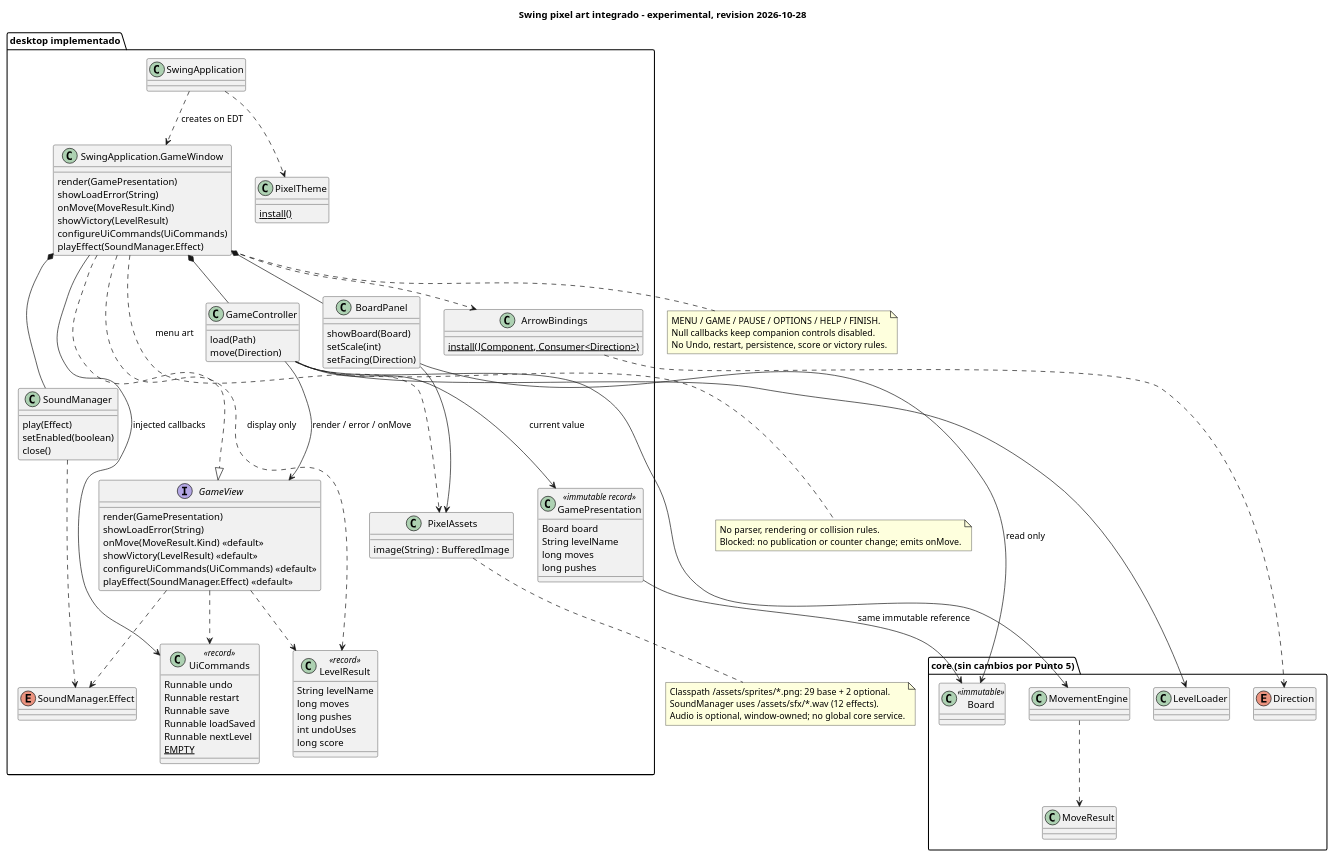
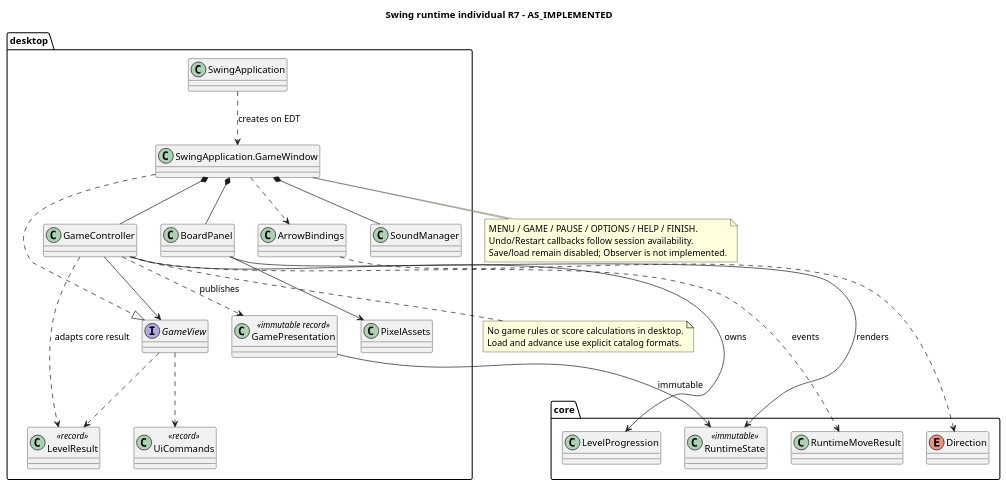
Before and after one commit to smatrauade/Los-Force-Push: the diagram in docs/architecture/uml/swing-playable-spike-v1.puml, drawn with PlantUML. The commit also changed 19 other files, not shown here.

Commit message:
feat(desktop): integrate full runtime session into Swing

```diff
--- a/docs/architecture/uml/swing-playable-spike-v1.puml
+++ b/docs/architecture/uml/swing-playable-spike-v1.puml
@@ -1,111 +1,48 @@
 @startuml
-title Swing pixel art integrado - experimental, revision 2026-10-28
-package "core (sin cambios por Punto 5)" {
-  class Board <<immutable>>
-  class LevelLoader
-  class MovementEngine
+title Swing runtime individual R7 - AS_IMPLEMENTED
+package "core" {
+  class RuntimeState <<immutable>>
+  class LevelProgression
+  class RuntimeMoveResult
   enum Direction
-  class MoveResult
 }
-package "desktop implementado" {
+package "desktop" {
   class SwingApplication
-  class "SwingApplication.GameWindow" as GameWindow {
-    render(GamePresentation)
-    showLoadError(String)
-    onMove(MoveResult.Kind)
-    showVictory(LevelResult)
-    configureUiCommands(UiCommands)
-    playEffect(SoundManager.Effect)
-  }
-  interface GameView {
-    render(GamePresentation)
-    showLoadError(String)
-    onMove(MoveResult.Kind) <<default>>
-    showVictory(LevelResult) <<default>>
-    configureUiCommands(UiCommands) <<default>>
-    playEffect(SoundManager.Effect) <<default>>
-  }
-  class GameController {
-    load(Path)
-    move(Direction)
-  }
-  class GamePresentation <<immutable record>> {
-    Board board
-    String levelName
-    long moves
-    long pushes
-  }
-  class BoardPanel {
-    showBoard(Board)
-    setScale(int)
-    setFacing(Direction)
-  }
-  class ArrowBindings {
-    {static} install(JComponent, Consumer<Direction>)
-  }
-  class PixelAssets {
-    image(String) : BufferedImage
-  }
-  class PixelTheme {
-    {static} install()
-  }
-  class SoundManager {
-    play(Effect)
-    setEnabled(boolean)
-    close()
-  }
-  enum "SoundManager.Effect" as Effect
-  class UiCommands <<record>> {
-    Runnable undo
-    Runnable restart
-    Runnable save
-    Runnable loadSaved
-    Runnable nextLevel
-    {static} EMPTY
-  }
-  class LevelResult <<record>> {
-    String levelName
-    long moves
-    long pushes
-    int undoUses
-    long score
-  }
+  class "SwingApplication.GameWindow" as GameWindow
+  interface GameView
+  class GameController
+  class GamePresentation <<immutable record>>
+  class BoardPanel
+  class ArrowBindings
+  class PixelAssets
+  class SoundManager
+  class UiCommands <<record>>
+  class LevelResult <<record>>
 }
 SwingApplication ..> GameWindow : creates on EDT
-SwingApplication ..> PixelTheme
 GameWindow ..|> GameView
+GameWindow *-- GameController
 GameWindow *-- BoardPanel
-GameWindow *-- GameController
 GameWindow *-- SoundManager
-GameWindow --> UiCommands : injected callbacks
-GameWindow ..> LevelResult : display only
 GameWindow ..> ArrowBindings
-GameWindow ..> PixelAssets : menu art
-ArrowBindings ..> Direction
-GameController --> GameView : render / error / onMove
-GameController --> LevelLoader
-GameController --> MovementEngine
-GameController --> GamePresentation : current value
-GamePresentation --> Board : same immutable reference
-BoardPanel --> Board : read only
+GameController --> GameView
+GameController --> LevelProgression : owns
+GameController ..> RuntimeMoveResult : events
+GameController ..> GamePresentation : publishes
+GameController ..> LevelResult : adapts core result
+GamePresentation --> RuntimeState : immutable
+BoardPanel --> RuntimeState : renders
 BoardPanel --> PixelAssets
-SoundManager ..> Effect
 GameView ..> UiCommands
 GameView ..> LevelResult
-GameView ..> Effect
-MovementEngine ..> MoveResult
+ArrowBindings ..> Direction
+note bottom of GameController
+No game rules or score calculations in desktop.
+Load and advance use explicit catalog formats.
+end note
 note bottom of GameWindow
 MENU / GAME / PAUSE / OPTIONS / HELP / FINISH.
-Null callbacks keep companion controls disabled.
-No Undo, restart, persistence, score or victory rules.
-end note
-note bottom of PixelAssets
-Classpath /assets/sprites/*.png: 29 base + 2 optional.
-SoundManager uses /assets/sfx/*.wav (12 effects).
-Audio is optional, window-owned; no global core service.
-end note
-note bottom of GameController
-No parser, rendering or collision rules.
-Blocked: no publication or counter change; emits onMove.
+Undo/Restart callbacks follow session availability.
+Save/load remain disabled; Observer is not implemented.
 end note
 @enduml
```
